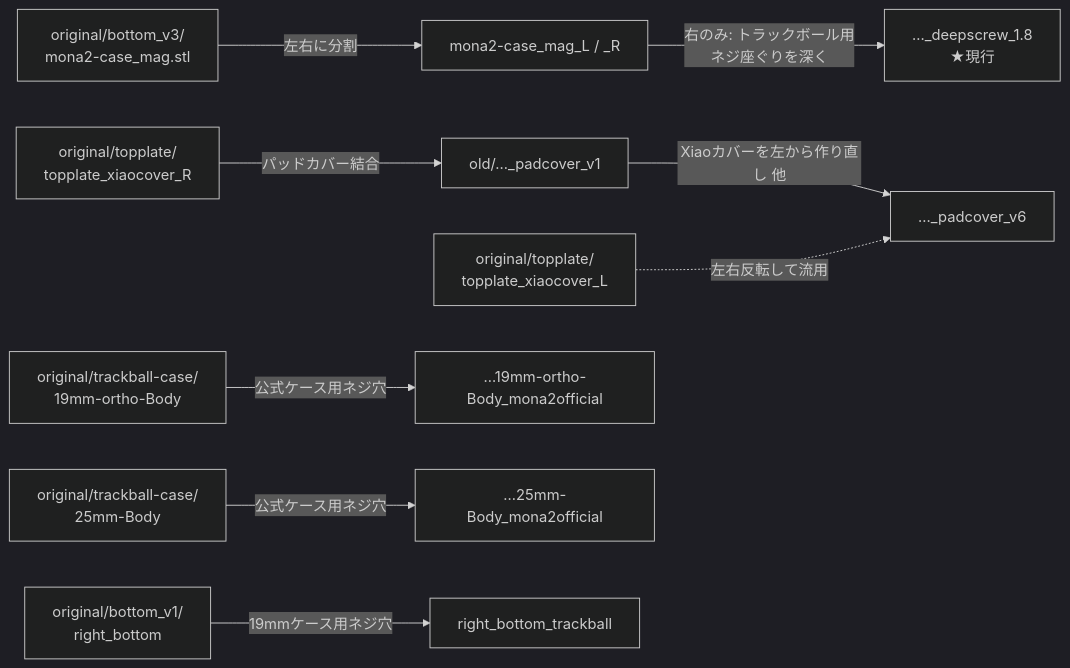
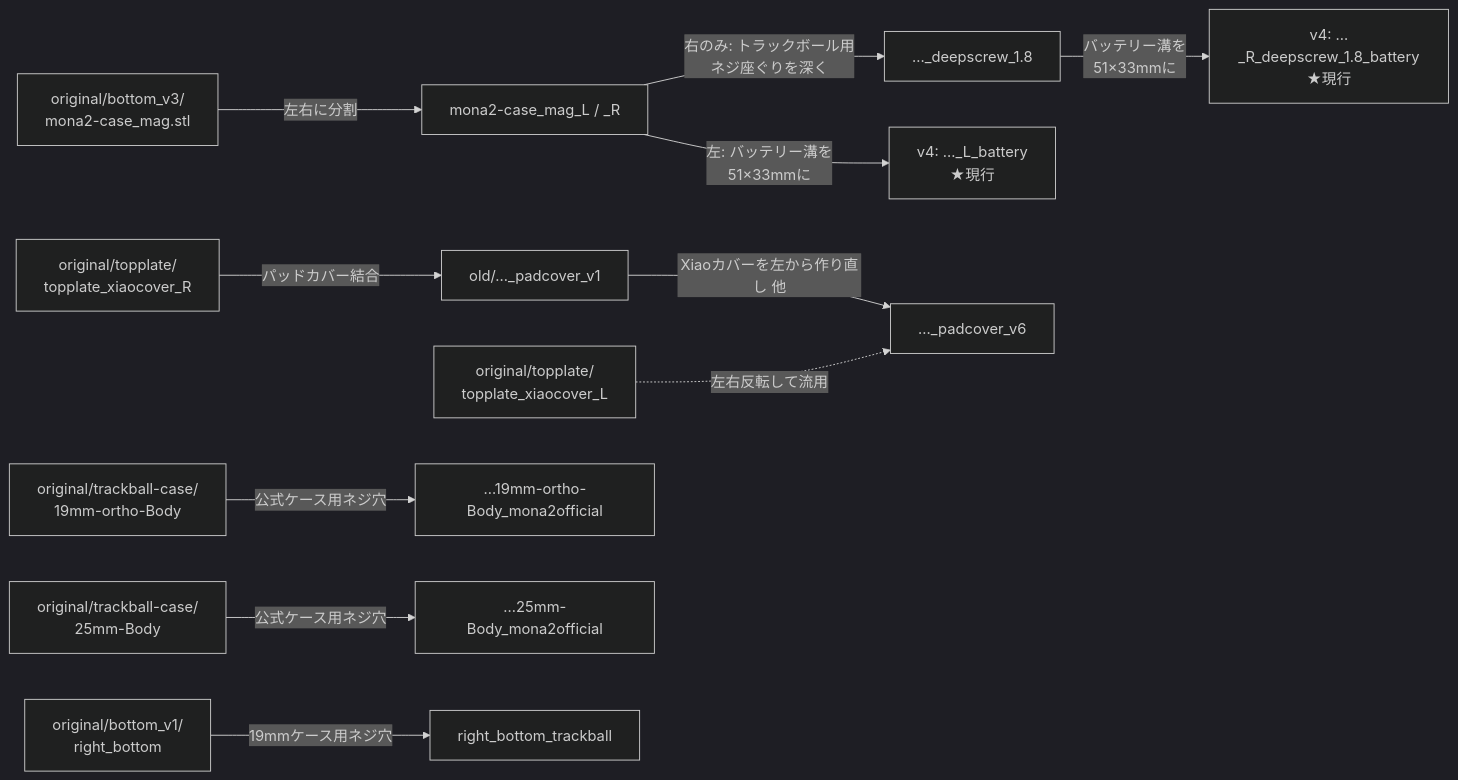
Before and after one commit to dgarai/zmk-config-moNa2-paw3222: the diagram in model/README.md, drawn with Mermaid (dark theme). The commit also changed other lines of this file and 2 other files, not shown here.

First line of the commit message:
バッテリー溝を bottom_v2 と同じ 51x33mm に広げた custom/bottom-case-v4 を追加

````diff
--- a/model/README.md
+++ b/model/README.md
@@ -41,14 +42,16 @@
 ```mermaid
 flowchart LR
   V3[original/bottom_v3/<br>mona2-case_mag.stl] -->|左右に分割| MAG[mona2-case_mag_L / _R]
-  MAG -->|右のみ: トラックボール用<br>ネジ座ぐりを深く| DS[…_deepscrew_1.8<br>★現行]
+  MAG -->|右のみ: トラックボール用<br>ネジ座ぐりを深く| DS[…_deepscrew_1.8]
+  MAG -->|左: バッテリー溝を<br>51×33mmに| BL[v4: …_L_battery<br>★現行]
+  DS -->|バッテリー溝を<br>51×33mmに| BR[v4: …_R_deepscrew_1.8_battery<br>★現行]
 
   TPR[original/topplate/<br>topplate_xiaocover_R] -->|パッドカバー結合| P1[old/…_padcover_v1]
   P1 -->|Xiaoカバーを左から作り直し 他| P6[…_padcover_v6]
   TPL[original/topplate/<br>topplate_xiaocover_L] -.->|左右反転して流用| P6
 
   T19[original/trackball-case/<br>19mm-ortho-Body] -->|公式ケース用ネジ穴| T19O[…19mm-ortho-Body_mona2official]
   T25[original/trackball-case/<br>25mm-Body] -->|公式ケース用ネジ穴| T25O[…25mm-Body_mona2official]
 
   B1[original/bottom_v1/<br>right_bottom] -->|19mmケース用ネジ穴| RBT[right_bottom_trackball]
 ```
````
